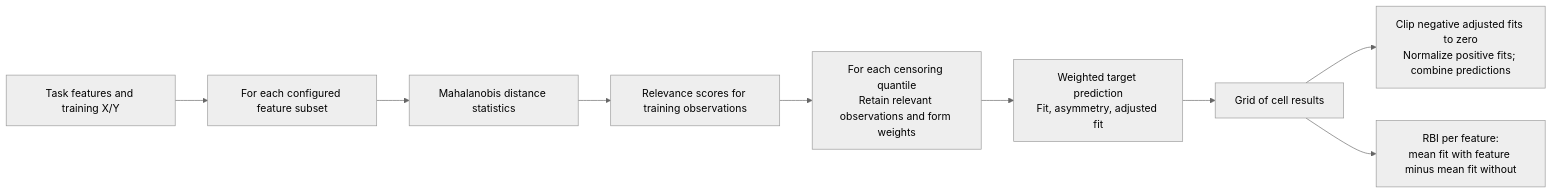
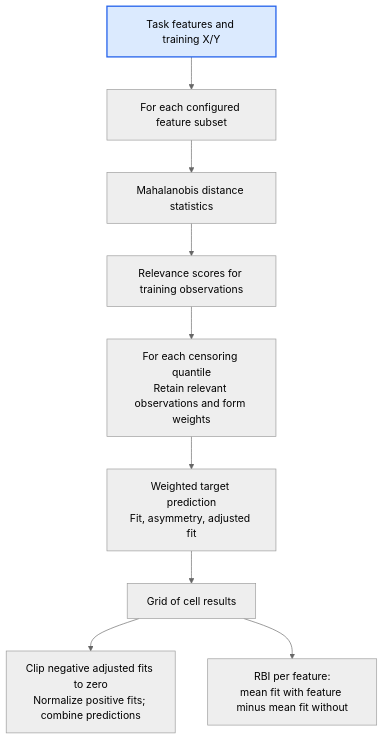
Before and after one commit to MUNQuantSociety/MQSMaster: the second of 3 diagrams in RBP/README.md, drawn with Mermaid (neutral theme). The commit also changed other lines of this file and 12 other files, not shown here.

Commit message:
docs: make workflow diagrams top-down hierarchies

````diff
--- a/RBP/README.md
+++ b/RBP/README.md
@@ -59,11 +60,12 @@
 ```mermaid
-flowchart LR
+flowchart TD
     TASK["Task features and training X/Y"] --> SUBSET["For each configured feature subset"]
     SUBSET --> DIST["Mahalanobis distance statistics"]
     DIST --> REL["Relevance scores for training observations"]
     REL --> Q["For each censoring quantile<br/>Retain relevant observations and form weights"]
     Q --> CELL["Weighted target prediction<br/>Fit, asymmetry, adjusted fit"]
     CELL --> GRID["Grid of cell results"]
     GRID --> COMPOSITE["Clip negative adjusted fits to zero<br/>Normalize positive fits; combine predictions"]
     GRID --> RBI["RBI per feature:<br/>mean fit with feature minus mean fit without"]
+    style TASK fill:#dbeafe,stroke:#2563eb,stroke-width:2px
 ```
````
